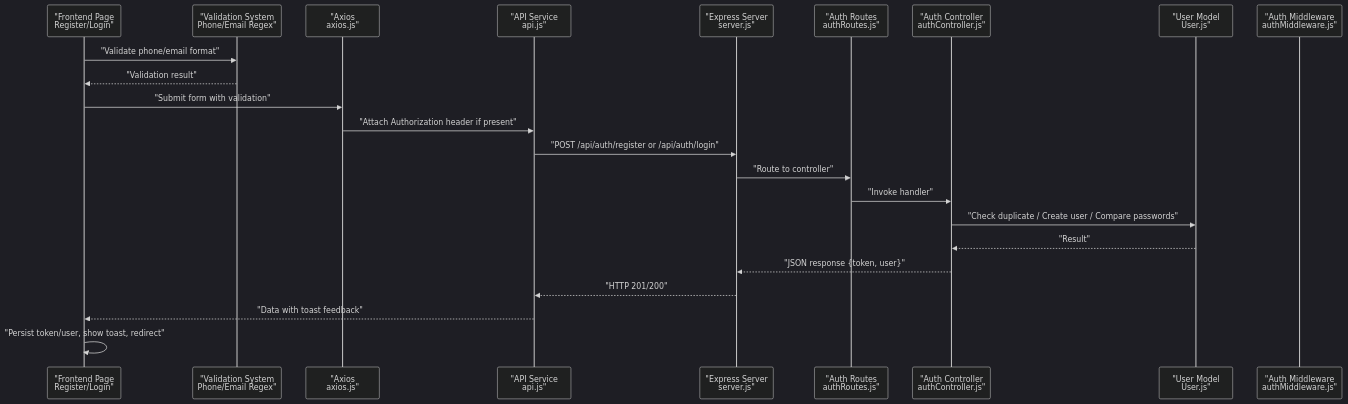
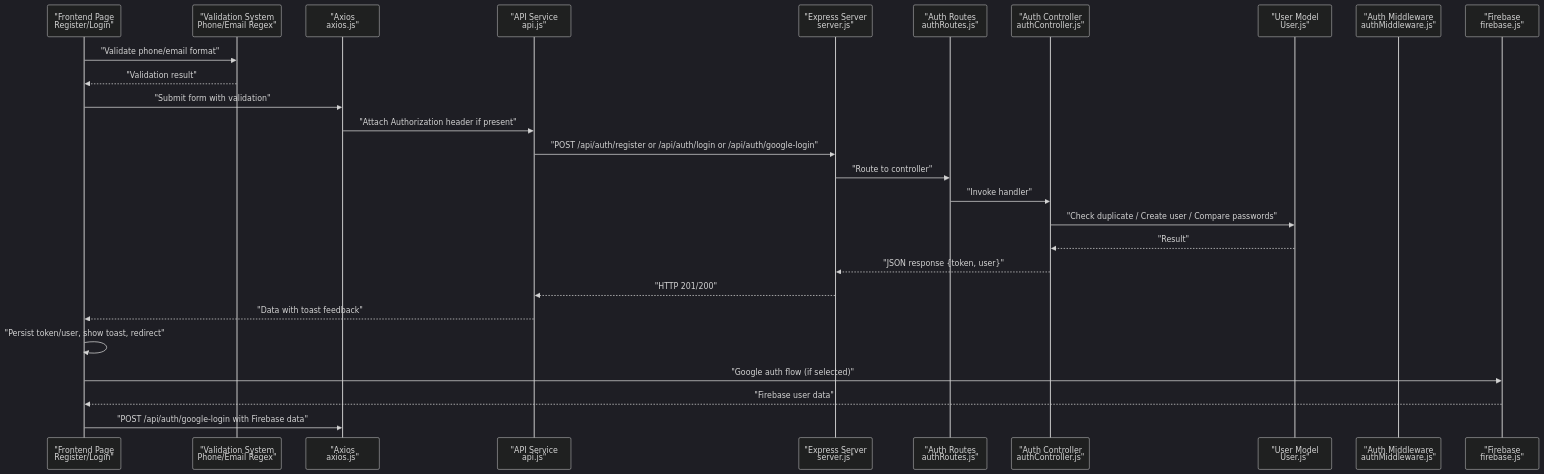
One commit to Pavan-PSPK9032/TrendsandToss changed the second of 11 diagrams in .qoder/repowiki/en/content/Authentication & Authorization/Login & Registration Process.md. Above: the diagram before and after it, drawn with Mermaid (dark theme). The commit also changed other lines of this file and 5 other files, not shown here.

````diff
--- a/.qoder/repowiki/en/content/Authentication & Authorization/Login & Registration Process.md
+++ b/.qoder/repowiki/en/content/Authentication & Authorization/Login & Registration Process.md
@@ -135,25 +144,29 @@
 ```mermaid
 sequenceDiagram
 participant FE as "Frontend Page<br/>Register/Login"
 participant VAL as "Validation System<br/>Phone/Email Regex"
 participant AX as "Axios<br/>axios.js"
 participant API as "API Service<br/>api.js"
 participant SRV as "Express Server<br/>server.js"
 participant RT as "Auth Routes<br/>authRoutes.js"
 participant CTRL as "Auth Controller<br/>authController.js"
 participant MDL as "User Model<br/>User.js"
 participant MW as "Auth Middleware<br/>authMiddleware.js"
+participant FIRE as "Firebase<br/>firebase.js"
 FE->>VAL : "Validate phone/email format"
 VAL-->>FE : "Validation result"
 FE->>AX : "Submit form with validation"
 AX->>API : "Attach Authorization header if present"
-API->>SRV : "POST /api/auth/register or /api/auth/login"
+API->>SRV : "POST /api/auth/register or /api/auth/login or /api/auth/google-login"
 SRV->>RT : "Route to controller"
 RT->>CTRL : "Invoke handler"
 CTRL->>MDL : "Check duplicate / Create user / Compare passwords"
 MDL-->>CTRL : "Result"
 CTRL-->>SRV : "JSON response {token, user}"
 SRV-->>API : "HTTP 201/200"
 API-->>FE : "Data with toast feedback"
 FE->>FE : "Persist token/user, show toast, redirect"
+FE->>FIRE : "Google auth flow (if selected)"
+FIRE-->>FE : "Firebase user data"
+FE->>AX : "POST /api/auth/google-login with Firebase data"
 ```
````
